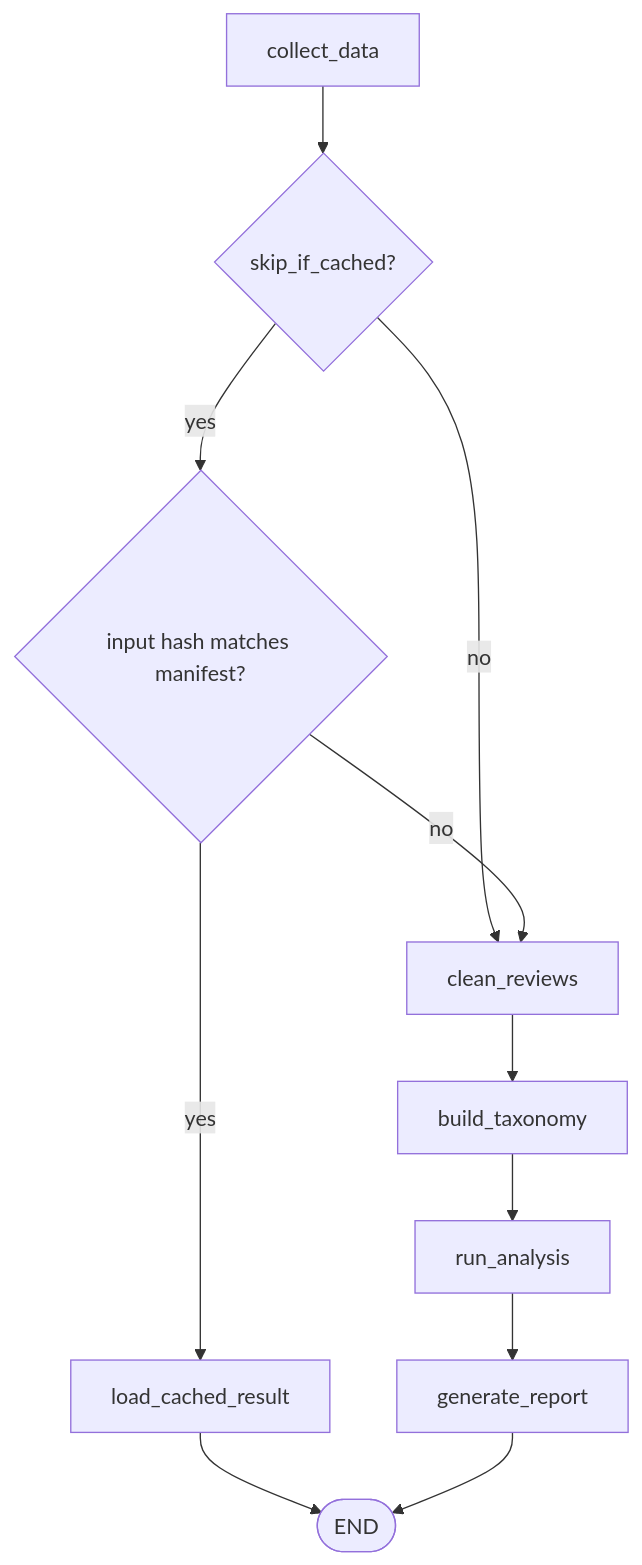
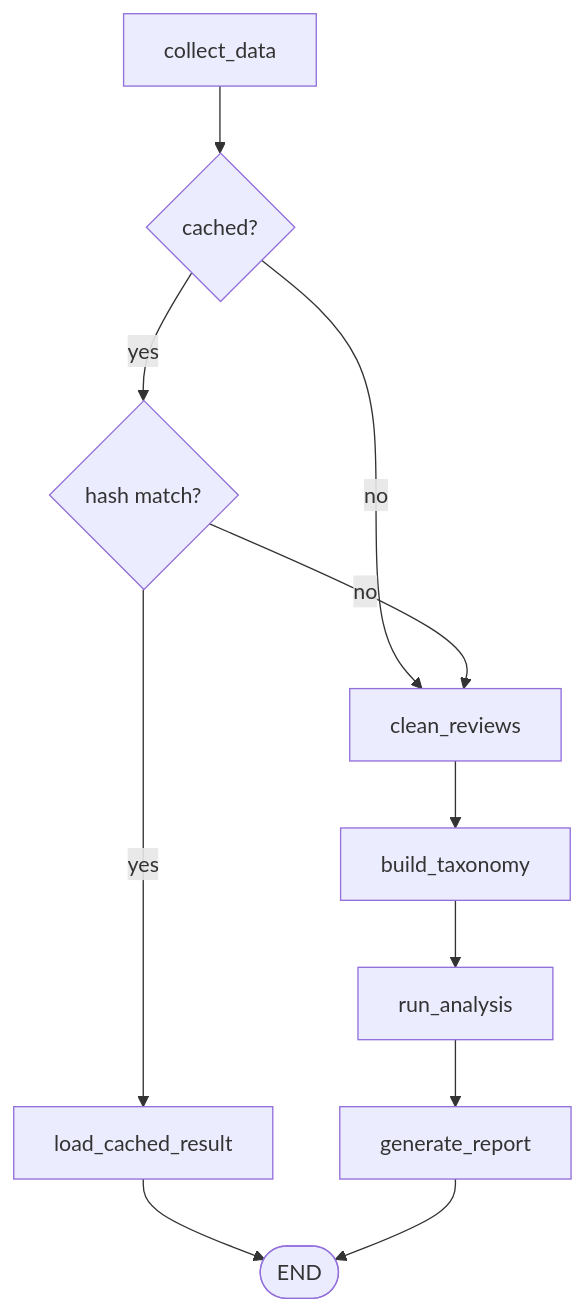
The first of 4 diagrams in README.md (dianakang/voc-intelligence-platform), drawn with Mermaid before and after one commit. The commit also changed other lines of this file, not shown here.

First line of the commit message:
Shorten diagram node/edge labels to fix text clipping

````diff
--- a/README.md
+++ b/README.md
@@ -15,13 +15,13 @@
 ```mermaid
 flowchart TD
-    A[collect_data] --> R{skip_if_cached?}
+    A[collect_data] --> R{cached?}
     R -->|no| C[clean_reviews]
-    R -->|yes| H{input hash matches manifest?}
+    R -->|yes| H{hash match?}
     H -->|yes| B[load_cached_result]
     H -->|no| C
     C --> D[build_taxonomy]
     D --> E[run_analysis]
     E --> F[generate_report]
     B --> G([END])
     F --> G
 ```
````
